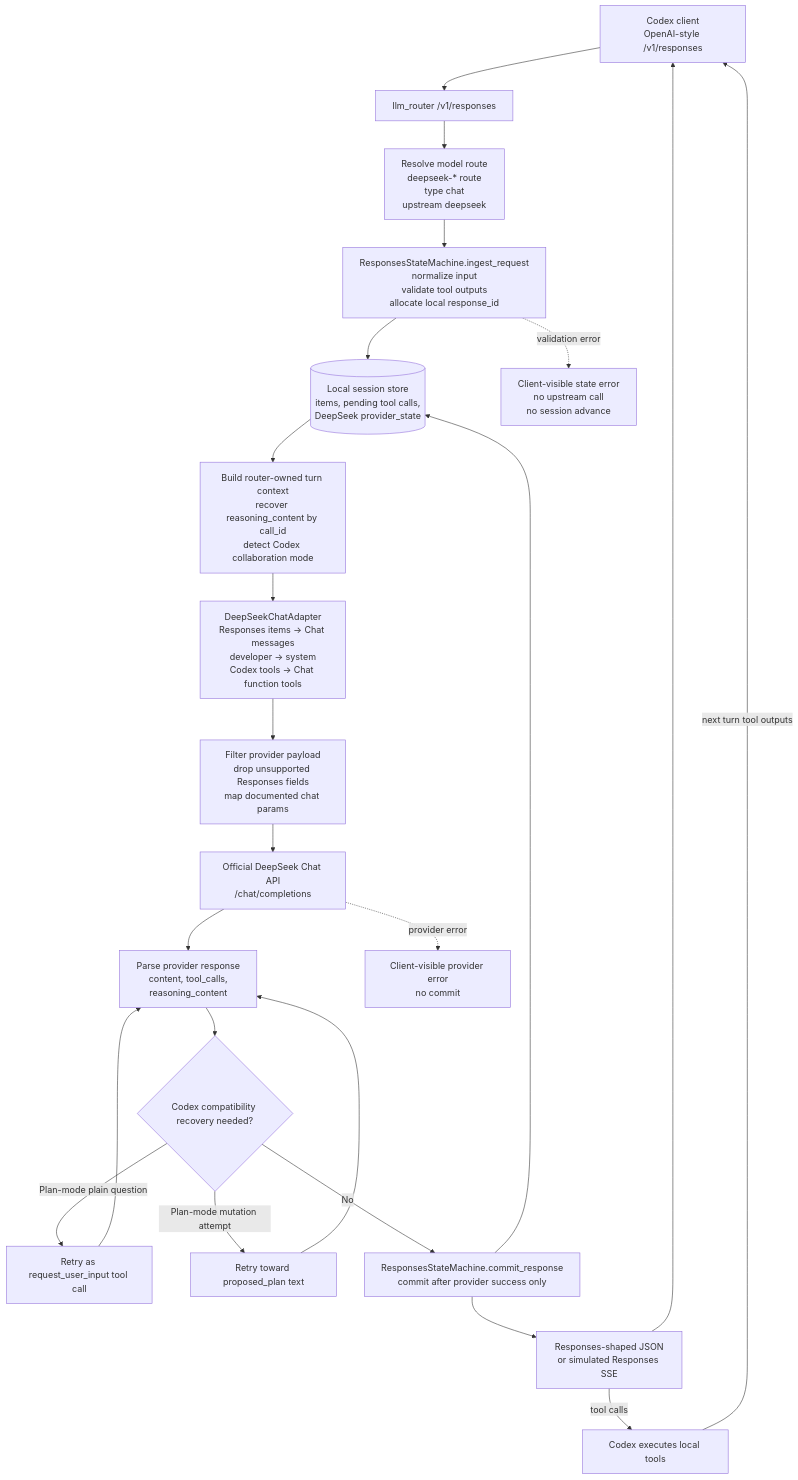
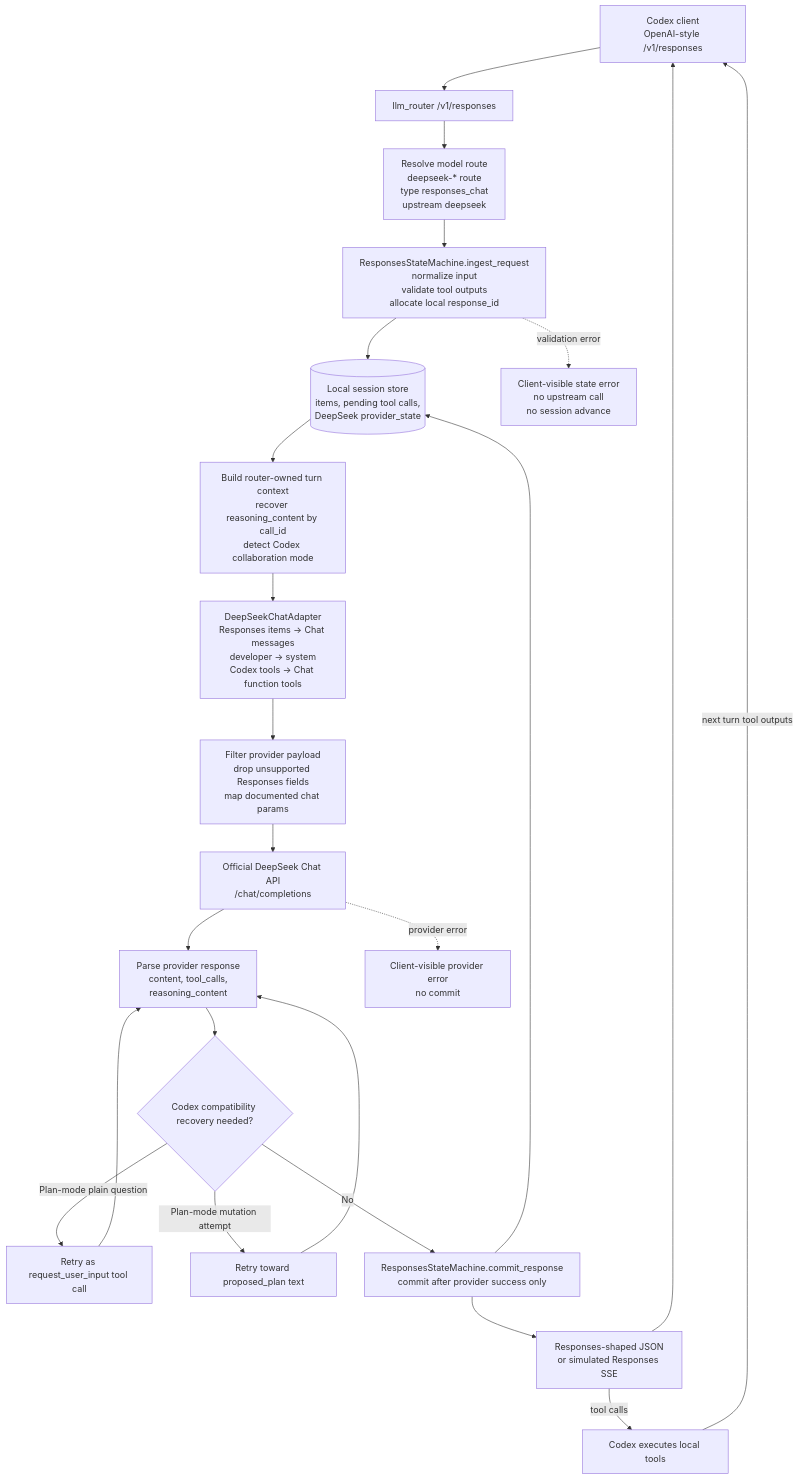
The first of 2 diagrams in README.md (ansatzX/llm_router), drawn with Mermaid before and after one commit. The commit also changed other lines of this file and 3 other files, not shown here.

Commit message:
Add live upstream streaming for /v1/responses text turns

````diff
--- a/README.md
+++ b/README.md
@@ -61,26 +61,26 @@
 ```mermaid
 flowchart TD
     C[Codex client<br/>OpenAI-style /v1/responses] --> R[llm_router /v1/responses]
-    R --> RESOLVE[Resolve model route<br/>deepseek-* route<br/>type chat<br/>upstream deepseek]
+    R --> RESOLVE[Resolve model route<br/>deepseek-* route<br/>type responses_chat<br/>upstream deepseek]
     RESOLVE --> INGEST[ResponsesStateMachine.ingest_request<br/>normalize input<br/>validate tool outputs<br/>allocate local response_id]
     INGEST --> SESSION[(Local session store<br/>items, pending tool calls,<br/>DeepSeek provider_state)]
     SESSION --> CTX[Build router-owned turn context<br/>recover reasoning_content by call_id<br/>detect Codex collaboration mode]
     CTX --> ADAPT[DeepSeekChatAdapter<br/>Responses items -> Chat messages<br/>developer -> system<br/>Codex tools -> Chat function tools]
     ADAPT --> FILTER[Filter provider payload<br/>drop unsupported Responses fields<br/>map documented chat params]
     FILTER --> DS[Official DeepSeek Chat API<br/>/chat/completions]
     DS --> PARSE[Parse provider response<br/>content, tool_calls,<br/>reasoning_content]
     PARSE --> RECOVER{Codex compatibility recovery needed?}
     RECOVER -->|Plan-mode plain question| RETRY_UI[Retry as request_user_input tool call]
     RECOVER -->|Plan-mode mutation attempt| RETRY_PLAN[Retry toward proposed_plan text]
     RECOVER -->|No| COMMIT[ResponsesStateMachine.commit_response<br/>commit after provider success only]
     RETRY_UI --> PARSE
     RETRY_PLAN --> PARSE
     COMMIT --> SESSION
     COMMIT --> OUT[Responses-shaped JSON<br/>or simulated Responses SSE]
     OUT --> C
     OUT -->|tool calls| TOOLS[Codex executes local tools]
     TOOLS -->|next turn tool outputs| C
 
     INGEST -.->|validation error| E1[Client-visible state error<br/>no upstream call<br/>no session advance]
     DS -.->|provider error| E2[Client-visible provider error<br/>no commit]
 ```
````
